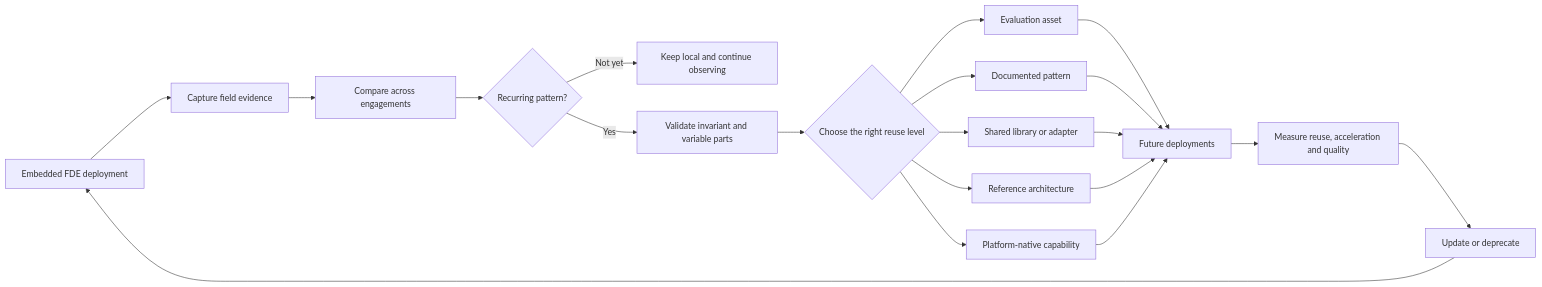
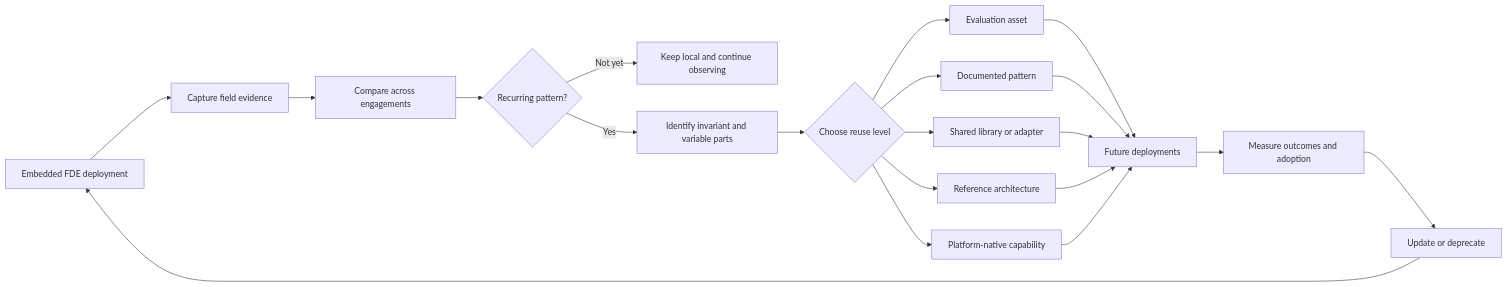
Before and after one commit to rmax-ai/rmax-ai.github.io: the diagram in notes/ai-fde-organizational-learning-systems/index.md, drawn with Mermaid. The commit also changed other lines of this file and 1 other file, not shown here.

Commit message:
feat: rewrite ai-fde-organizational-learning-systems — full rewrite with proper references, tacit knowledge section, Nonaka/March/Cohen-Levinthal, 1 consolidated Mermaid diagram

````diff
--- a/notes/ai-fde-organizational-learning-systems/index.md
+++ b/notes/ai-fde-organizational-learning-systems/index.md
@@ -309,26 +221,26 @@
 ```mermaid
 flowchart LR
     A[Embedded FDE deployment] --> B[Capture field evidence]
     B --> C[Compare across engagements]
     C --> D{Recurring pattern?}
 
     D -->|Not yet| E[Keep local and continue observing]
-    D -->|Yes| F[Validate invariant and variable parts]
+    D -->|Yes| F[Identify invariant and variable parts]
 
-    F --> G{Choose the right reuse level}
+    F --> G{Choose reuse level}
     G --> H[Evaluation asset]
     G --> I[Documented pattern]
     G --> J[Shared library or adapter]
     G --> K[Reference architecture]
     G --> L[Platform-native capability]
 
     H --> M[Future deployments]
     I --> M
     J --> M
     K --> M
     L --> M
 
-    M --> N[Measure reuse, acceleration and quality]
+    M --> N[Measure outcomes and adoption]
     N --> O[Update or deprecate]
     O --> A
 ```
````
